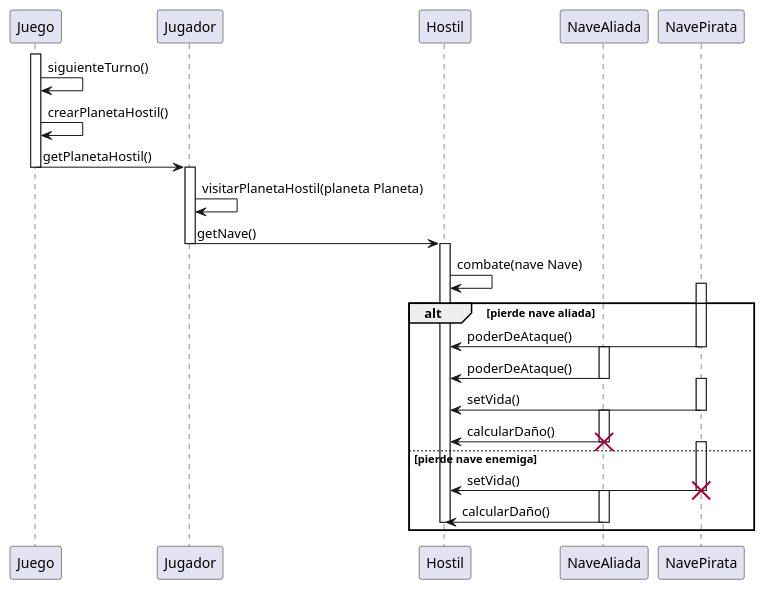
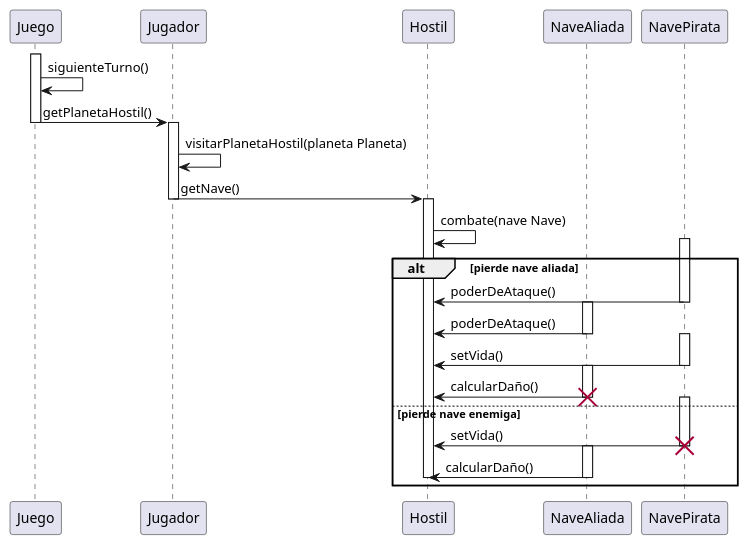
Before and after one commit to ianlio-git/LostGalaxy: the diagram in src/TPO_classDiagram/TPO_SequenceDiagramCombat.puml, drawn with PlantUML. The commit also changed 3 other files, not shown here.

```diff
--- a/src/TPO_classDiagram/TPO_SequenceDiagramCombat.puml
+++ b/src/TPO_classDiagram/TPO_SequenceDiagramCombat.puml
@@ -1,46 +1,45 @@
 @startuml
 participant Juego
 participant Jugador
 participant Hostil
 participant NaveAliada
 participant NavePirata
 
 activate Juego
 deactivate Juego
 Juego -> Juego: siguienteTurno()
-Juego -> Juego: crearPlanetaHostil()
 Juego -> Jugador: getPlanetaHostil()
 
 deactivate Juego
 activate Jugador
 Jugador -> Jugador: visitarPlanetaHostil(planeta Planeta)
 Jugador -> Hostil: getNave()
 deactivate Jugador
 
 activate Hostil
 Hostil -> Hostil: combate(nave Nave)
 alt pierde nave aliada
     activate NavePirata
     NavePirata -> Hostil: poderDeAtaque()
     deactivate NavePirata
     activate NaveAliada
     NaveAliada -> Hostil: poderDeAtaque()
     deactivate NaveAliada
     activate NavePirata
     NavePirata -> Hostil: setVida()
     deactivate NavePirata
     activate NaveAliada
     NaveAliada -> Hostil: calcularDaño()
     destroy NaveAliada
     deactivate NaveAliada
 else pierde nave enemiga
     activate NavePirata
     NavePirata -> Hostil: setVida()
     destroy NavePirata
     deactivate NavePirata
     activate NaveAliada
     NaveAliada -> Hostil: calcularDaño()
     deactivate NaveAliada
     deactivate Hostil
 end
 @enduml
```
